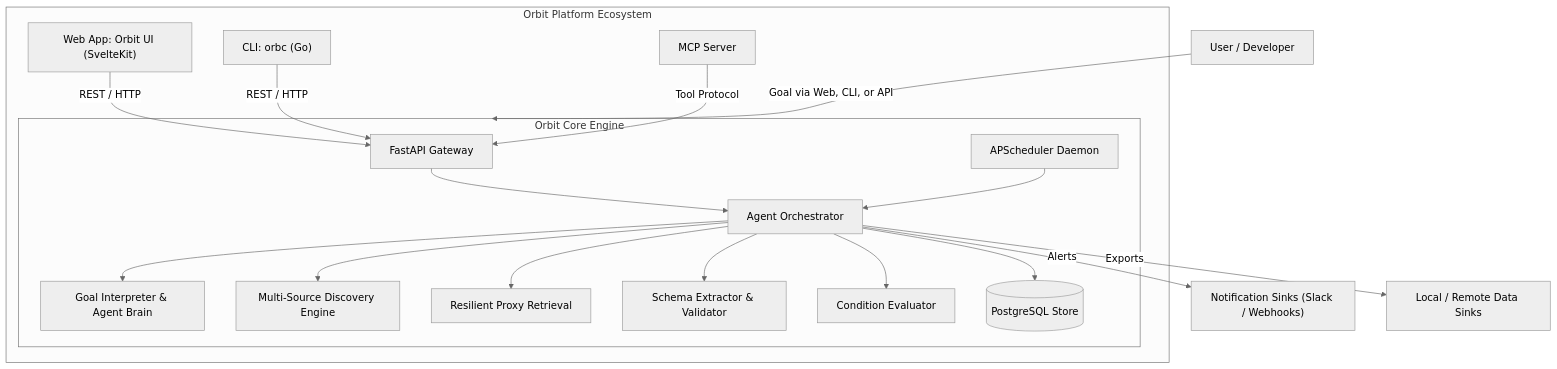
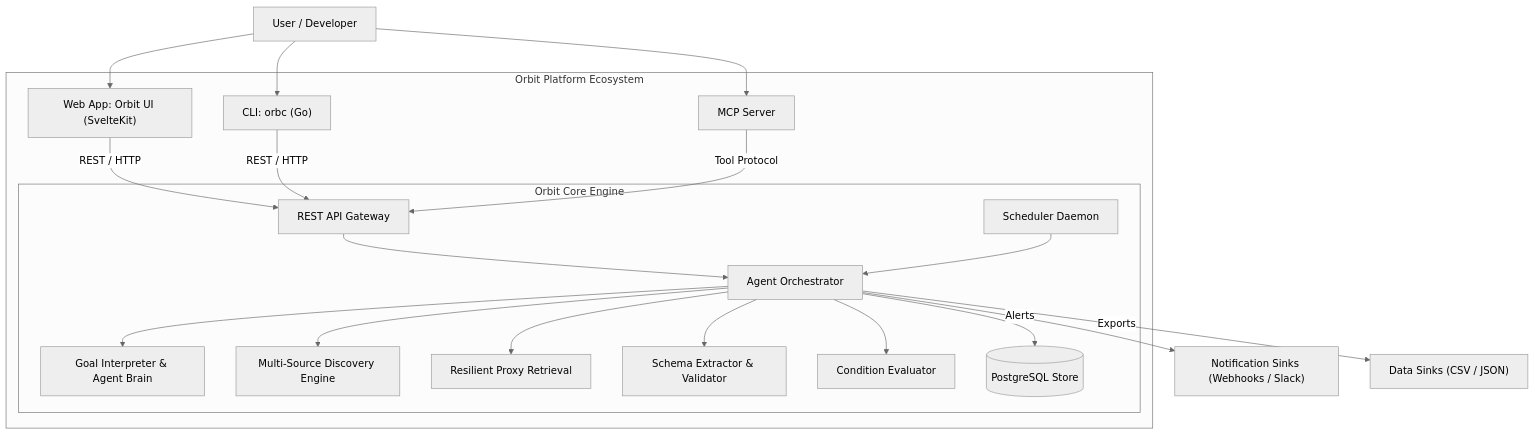
Before and after one commit to leoemaxie/orbit: the diagram in README.md, drawn with Mermaid (neutral theme).

Commit message:
docs: fix Mermaid architecture diagram syntax and identifier collision in root README

````diff
--- a/README.md
+++ b/README.md
@@ -34,24 +34,26 @@
 ```mermaid
-graph TD
-    User["User / Developer"] -->|Goal via Web, CLI, or API| Core["Orbit Core Engine (Python)"]
-    
-    subgraph "Orbit Platform Ecosystem"
-        Web["Web App: Orbit UI (SvelteKit)"] -->|REST / HTTP| API["FastAPI Gateway"]
-        CLI["CLI: orbc (Go)"] -->|REST / HTTP| API
-        MCP["MCP Server"] -->|Tool Protocol| API
+flowchart TD
+    User["User / Developer"] --> Web["Web App: Orbit UI (SvelteKit)"]
+    User --> CLI["CLI: orbc (Go)"]
+    User --> MCP["MCP Server"]
+
+    subgraph Ecosystem ["Orbit Platform Ecosystem"]
+        Web -->|REST / HTTP| API["REST API Gateway"]
+        CLI -->|REST / HTTP| API
+        MCP -->|Tool Protocol| API
         
-        subgraph Core ["Orbit Core Engine"]
+        subgraph Engine ["Orbit Core Engine"]
             API --> Orchestrator["Agent Orchestrator"]
+            Scheduler["Scheduler Daemon"] --> Orchestrator
             Orchestrator --> LLM["Goal Interpreter & Agent Brain"]
             Orchestrator --> Discovery["Multi-Source Discovery Engine"]
             Orchestrator --> Retrieval["Resilient Proxy Retrieval"]
             Orchestrator --> Extraction["Schema Extractor & Validator"]
             Orchestrator --> Condition["Condition Evaluator"]
-            Orchestrator --> DB[(PostgreSQL Store)]
-            Scheduler["APScheduler Daemon"] --> Orchestrator
+            Orchestrator --> DB[("PostgreSQL Store")]
         end
     end
 
-    Orchestrator -->|Alerts| Sinks["Notification Sinks (Slack / Webhooks)"]
-    Orchestrator -->|Exports| DataStore["Local / Remote Data Sinks"]
+    Orchestrator -->|Alerts| Sinks["Notification Sinks (Webhooks / Slack)"]
+    Orchestrator -->|Exports| DataStore["Data Sinks (CSV / JSON)"]
 ```
````
